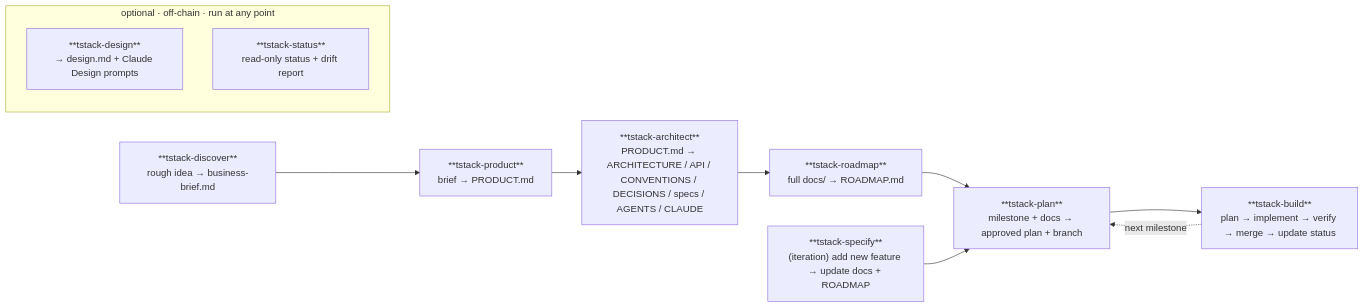
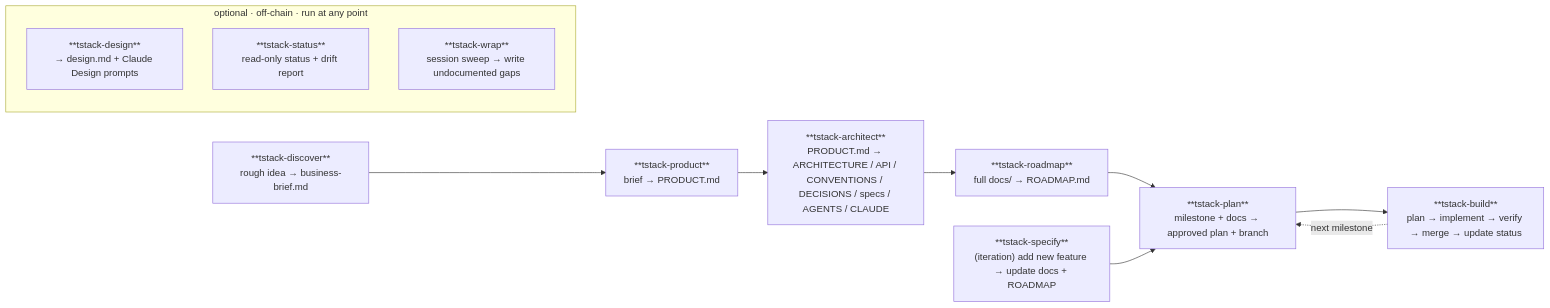
One commit to tatejennings/tstack changed the diagram in README.md. Above: the diagram before and after it, drawn with Mermaid. The commit also changed other lines of this file and 6 other files, not shown here.

First line of the commit message:
Add tstack-wrap skill and ship v0.3.0

````diff
--- a/README.md
+++ b/README.md
@@ -11,17 +11,18 @@
 ```mermaid
 flowchart LR
   A["**tstack-discover**<br/>rough idea → business-brief.md"]
   B["**tstack-product**<br/>brief → PRODUCT.md"]
   C["**tstack-architect**<br/>PRODUCT.md → ARCHITECTURE / API / CONVENTIONS / DECISIONS / specs / AGENTS / CLAUDE"]
   D["**tstack-roadmap**<br/>full docs/ → ROADMAP.md"]
   P["**tstack-plan**<br/>milestone + docs → approved plan + branch"]
   E["**tstack-build**<br/>plan → implement → verify → merge → update status"]
   F["**tstack-specify**<br/>(iteration) add new feature → update docs + ROADMAP"]
   A --> B --> C --> D --> P --> E
   E -.next milestone.-> P
   F --> P
   subgraph offchain ["optional · off-chain · run at any point"]
     G["**tstack-design**<br/>→ design.md + Claude Design prompts"]
     H["**tstack-status**<br/>read-only status + drift report"]
+    W["**tstack-wrap**<br/>session sweep → write undocumented gaps"]
   end
 ```
````
